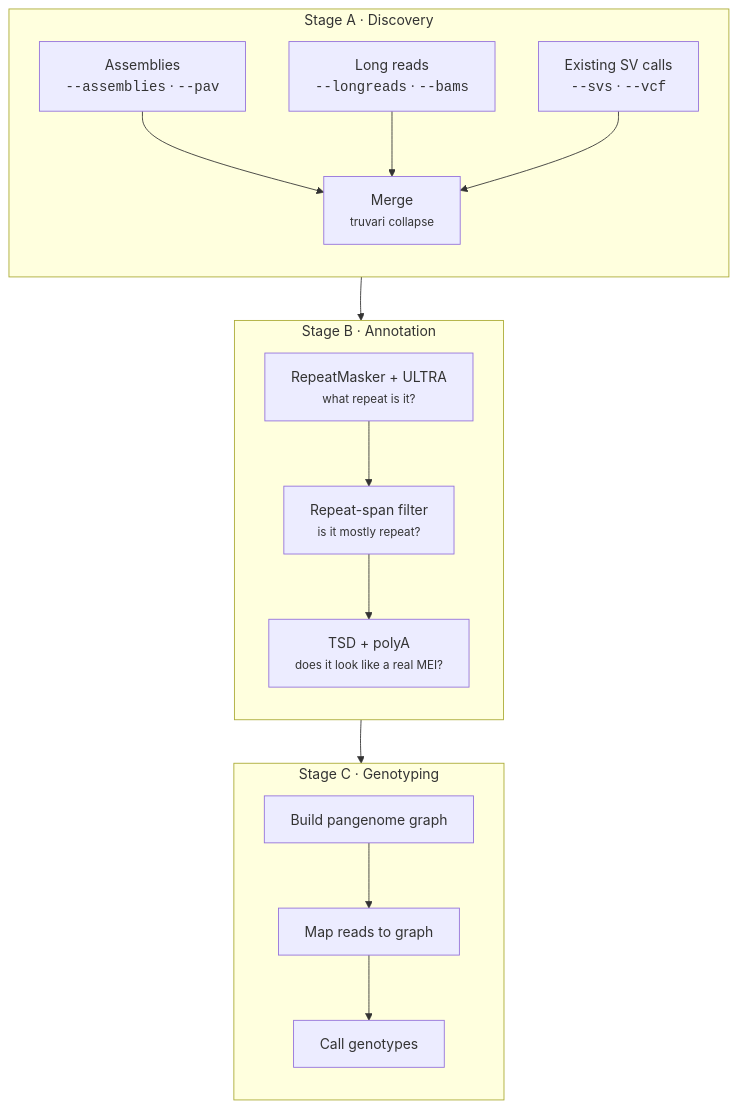
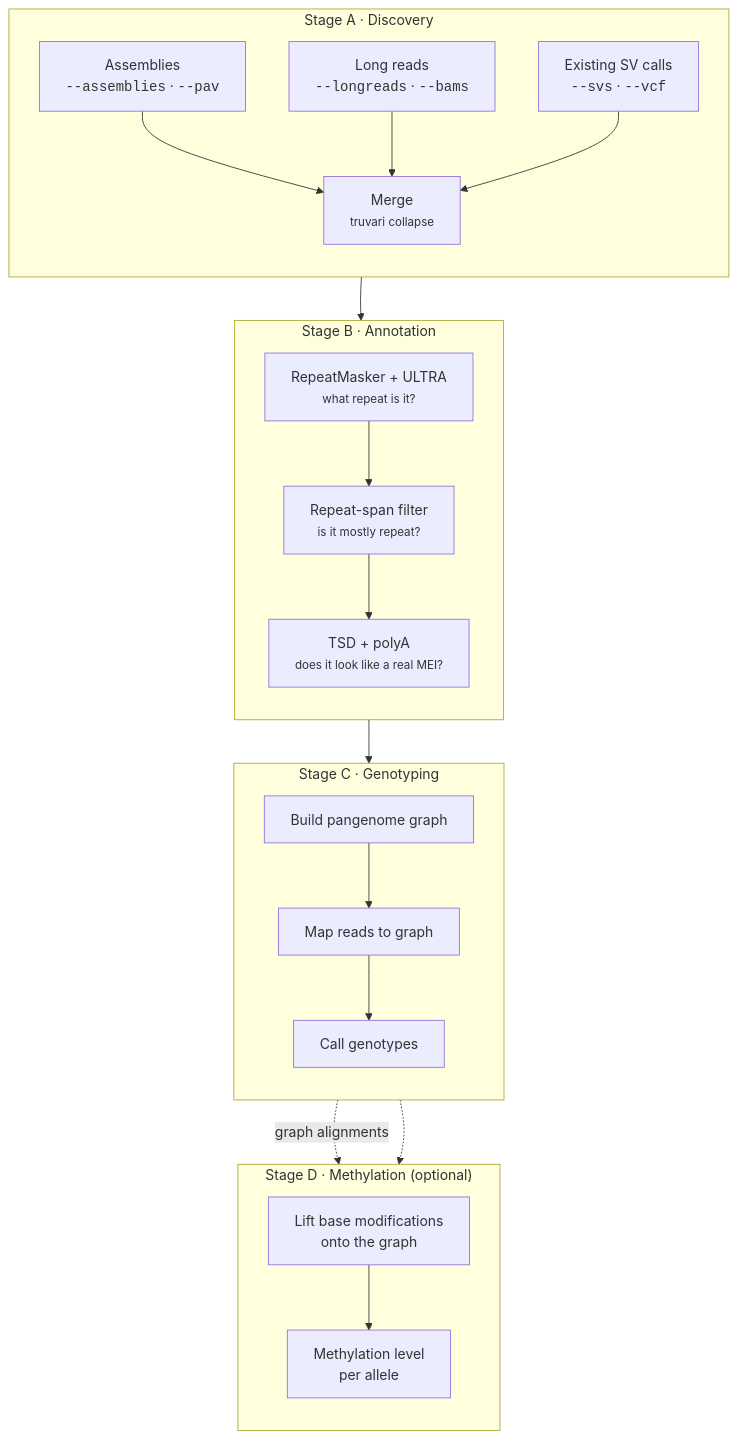
Before and after one commit to cgroza/GraffiTE: the diagram in docs/index.md, drawn with Mermaid. The commit also changed other lines of this file and 7 other files, not shown here.

````diff
--- a/docs/index.md
+++ b/docs/index.md
@@ -35,33 +35,42 @@
 ```mermaid
 flowchart TB
     subgraph A["Stage A · Discovery"]
         direction TB
         A1["Assemblies<br/><code>--assemblies</code> · <code>--pav</code>"]
         A2["Long reads<br/><code>--longreads</code> · <code>--bams</code>"]
         A3["Existing SV calls<br/><code>--svs</code> · <code>--vcf</code>"]
         A1 --> AM["Merge<br/><small>truvari collapse</small>"]
         A2 --> AM
         A3 --> AM
     end
 
     subgraph B["Stage B · Annotation"]
         direction TB
         B1["RepeatMasker + ULTRA<br/><small>what repeat is it?</small>"]
         B2["Repeat-span filter<br/><small>is it mostly repeat?</small>"]
         B3["TSD + polyA<br/><small>does it look like a real MEI?</small>"]
         B1 --> B2 --> B3
     end
 
     subgraph C["Stage C · Genotyping"]
         direction TB
         C1["Build pangenome graph"]
         C2["Map reads to graph"]
         C3["Call genotypes"]
         C1 --> C2 --> C3
     end
 
+    subgraph D["Stage D · Methylation (optional)"]
+        direction TB
+        D1["Lift base modifications<br/>onto the graph"]
+        D2["Methylation level<br/>per allele"]
+        D1 --> D2
+    end
+
     AM --> B1
     B3 --> C1
+    C2 -.->|"graph alignments"| D1
+    C3 -.-> D2
 
-    A ~~~ B ~~~ C
+    A ~~~ B
 ```
````
